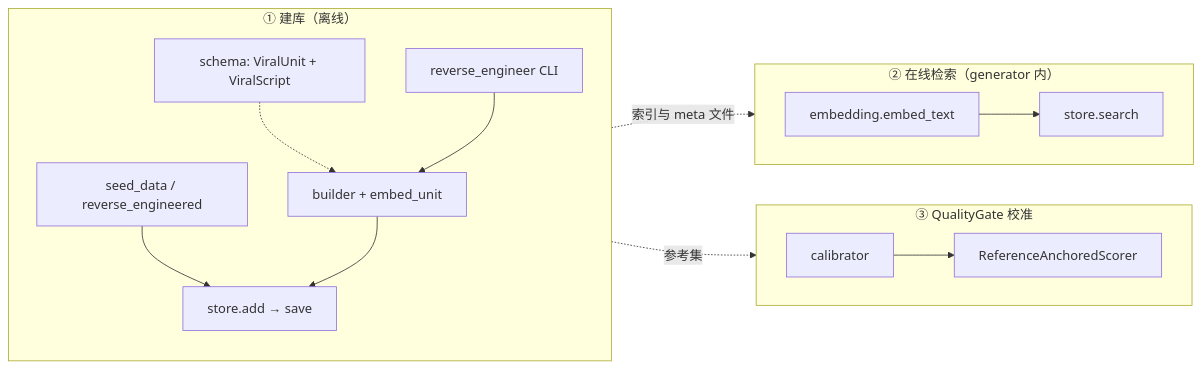
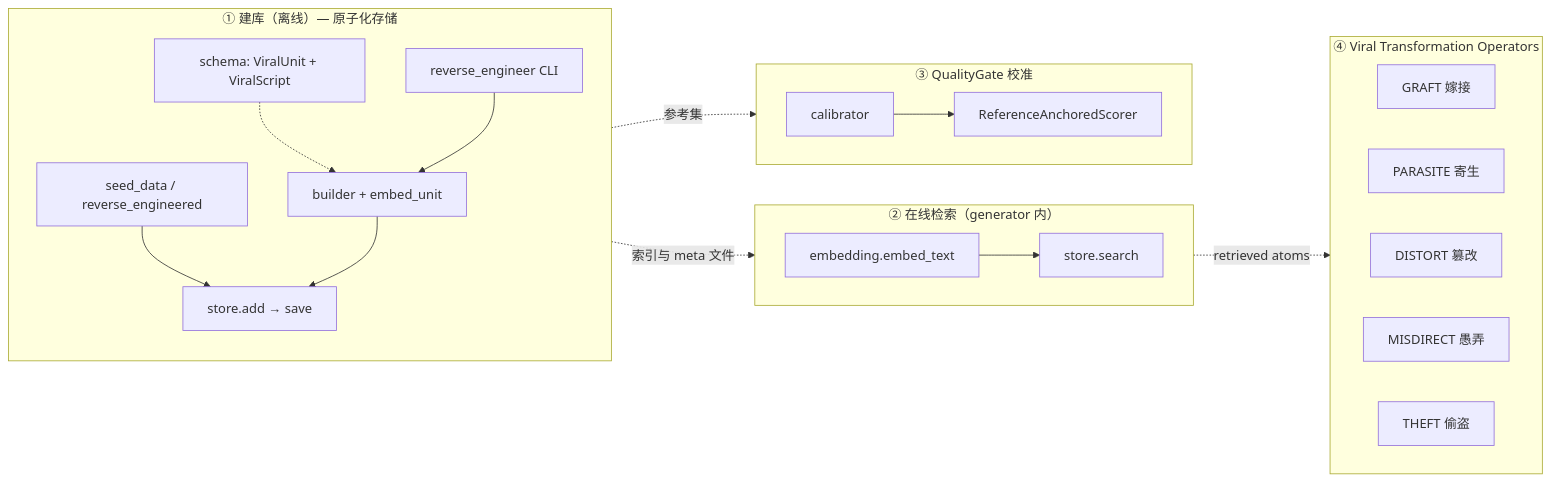
Before and after one commit to ArlesZhang/FlowBeast-Agent: the third of 3 diagrams in FlowBeast/README.md, drawn with Mermaid. The commit also changed other lines of this file and 2 other files, not shown here.

Commit message:
docs: clarify strategic focus on viral narrative atom system

````diff
--- a/FlowBeast/README.md
+++ b/FlowBeast/README.md
@@ -178,32 +232,42 @@
 ```mermaid
 flowchart LR
-  subgraph WRITE["① 建库（离线）"]
+  subgraph WRITE["① 建库（离线）— 原子化存储"]
     direction TB
     SCH[schema: ViralUnit + ViralScript]
     BLD[builder + embed_unit]
     SEED[seed_data / reverse_engineered]
     REV[reverse_engineer CLI]
     STW[store.add → save]
     SCH -.-> BLD
     REV --> BLD
     SEED --> STW
     BLD --> STW
   end
 
   subgraph READ["② 在线检索（generator 内）"]
     direction LR
     EMB[embedding.embed_text]
     SRH[store.search]
     EMB --> SRH
   end
 
   subgraph CAL["③ QualityGate 校准"]
     direction LR
     CLB[calibrator]
     RAS[ReferenceAnchoredScorer]
     CLB --> RAS
   end
 
+  subgraph VTO["④ Viral Transformation Operators"]
+    direction LR
+    GRAFT[GRAFT 嫁接]
+    PARASITE[PARASITE 寄生]
+    DISTORT[DISTORT 篡改]
+    MISDIRECT[MISDIRECT 愚弄]
+    THEFT[THEFT 偷盗]
+  end
+
   WRITE -.->|索引与 meta 文件| READ
   WRITE -.->|参考集| CAL
+  READ -.->|retrieved atoms| VTO
 ```
````
